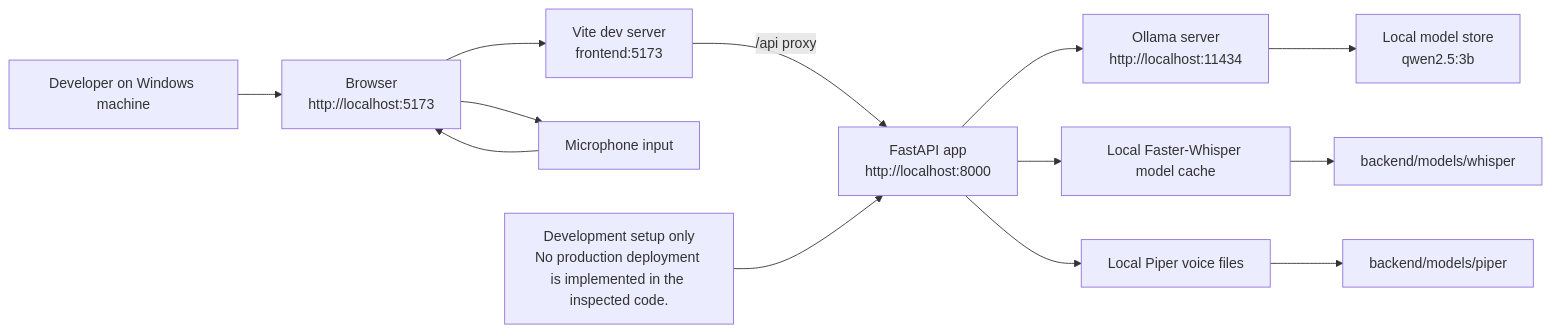
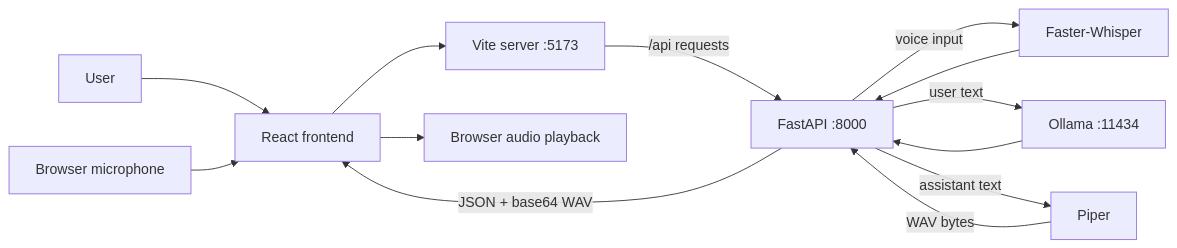
Before and after one commit to RashmithaDsouza/voice-ai-assistant: the diagram in ARCHITECTURE.md, drawn with Mermaid. The commit also changed other lines of this file, not shown here.

````diff
--- a/ARCHITECTURE.md
+++ b/ARCHITECTURE.md
@@ -283,18 +24,15 @@
 ```mermaid
 flowchart LR
-    User[Developer on Windows machine] --> Browser[Browser\nhttp://localhost:5173]
-    Browser --> Vite[Vite dev server\nfrontend:5173]
-    Vite -->|/api proxy| FastAPI[FastAPI app\nhttp://localhost:8000]
-    FastAPI --> Ollama[Ollama server\nhttp://localhost:11434]
-    FastAPI --> Whisper[Local Faster-Whisper model cache]
-    FastAPI --> Piper[Local Piper voice files]
-
-    Whisper --> DataDir[backend/models/whisper]
-    Piper --> PiperDir[backend/models/piper]
-    Ollama --> ModelDir[Local model store\nqwen2.5:3b]
-
-    Browser --> Mic[Microphone input]
-    Mic --> Browser
-
-    Note1[Development setup only\nNo production deployment is implemented in the inspected code.] --> FastAPI
+    User[User] --> UI[React frontend]
+    Mic[Browser microphone] --> UI
+    UI --> Vite[Vite server :5173]
+    Vite -->|/api requests| API[FastAPI :8000]
+    API -->|voice input| STT[Faster-Whisper]
+    API -->|user text| LLM[Ollama :11434]
+    API -->|assistant text| TTS[Piper]
+    LLM --> API
+    STT --> API
+    TTS -->|WAV bytes| API
+    API -->|JSON + base64 WAV| UI
+    UI --> Speaker[Browser audio playback]
 ```
````
